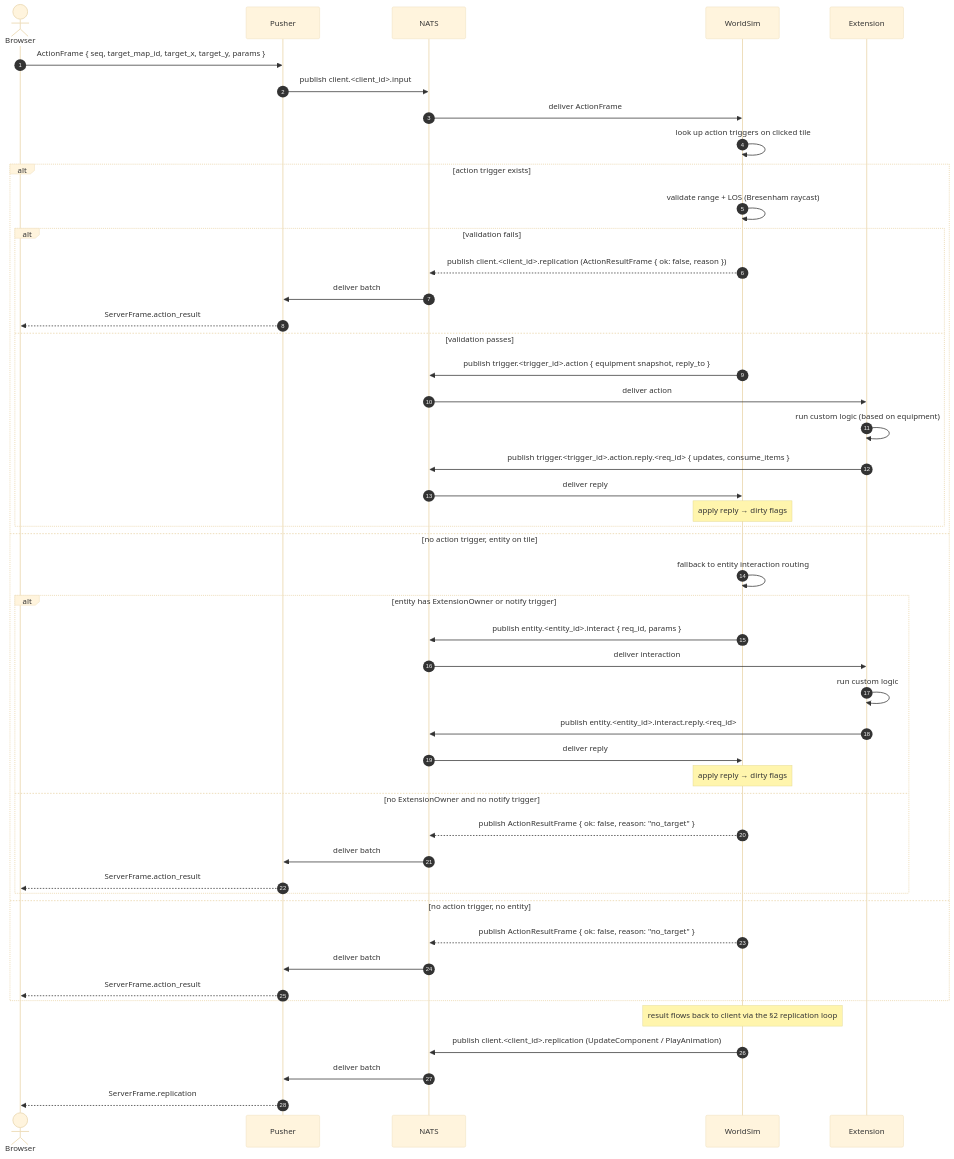
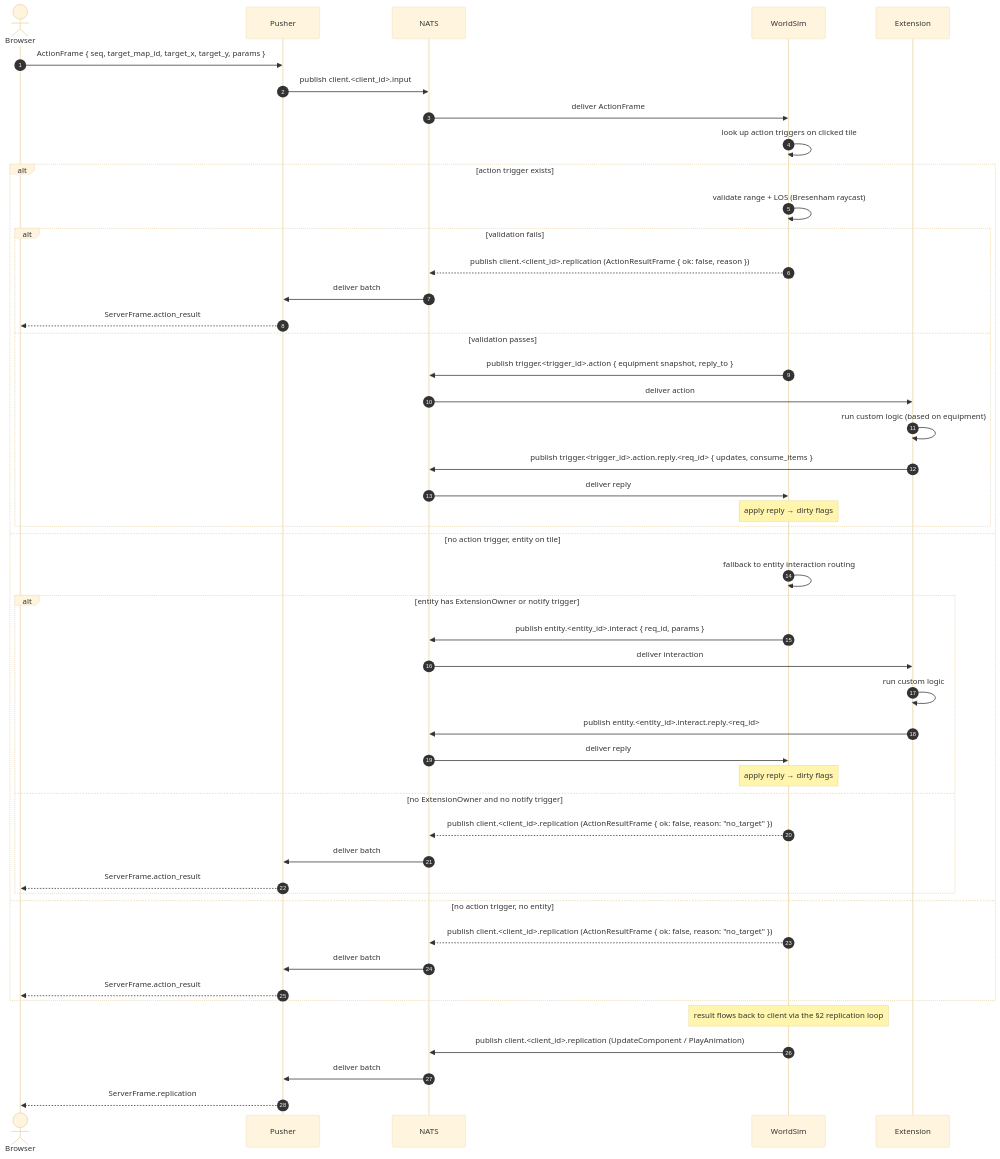
Before and after one commit to lstep/PixelEruv: the third of 6 diagrams in documentation/networking-sequences.md, drawn with Mermaid (base theme).

Commit message:
Update ActionResultFrame publishing to use client-specific replication topic in networking sequences

````diff
--- a/documentation/networking-sequences.md
+++ b/documentation/networking-sequences.md
@@ -122,54 +122,54 @@
 ```mermaid
 sequenceDiagram
     autonumber
     actor B as Browser
     participant P as Pusher
     participant N as NATS
     participant W as WorldSim
     participant E as Extension
 
     B->>P: ActionFrame { seq, target_map_id, target_x, target_y, params }
     P->>N: publish client.<client_id>.input
     N->>W: deliver ActionFrame
 
     W->>W: look up action triggers on clicked tile
 
     alt action trigger exists
         W->>W: validate range + LOS (Bresenham raycast)
         alt validation fails
             W-->>N: publish client.<client_id>.replication (ActionResultFrame { ok: false, reason })
             N->>P: deliver batch
             P-->>B: ServerFrame.action_result
         else validation passes
             W->>N: publish trigger.<trigger_id>.action { equipment snapshot, reply_to }
             N->>E: deliver action
             E->>E: run custom logic (based on equipment)
             E->>N: publish trigger.<trigger_id>.action.reply.<req_id> { updates, consume_items }
             N->>W: deliver reply
             Note over W: apply reply → dirty flags
         end
     else no action trigger, entity on tile
         W->>W: fallback to entity interaction routing
         alt entity has ExtensionOwner or notify trigger
             W->>N: publish entity.<entity_id>.interact { req_id, params }
             N->>E: deliver interaction
             E->>E: run custom logic
             E->>N: publish entity.<entity_id>.interact.reply.<req_id>
             N->>W: deliver reply
             Note over W: apply reply → dirty flags
         else no ExtensionOwner and no notify trigger
-            W-->>N: publish ActionResultFrame { ok: false, reason: "no_target" }
+            W-->>N: publish client.<client_id>.replication (ActionResultFrame { ok: false, reason: "no_target" })
             N->>P: deliver batch
             P-->>B: ServerFrame.action_result
         end
     else no action trigger, no entity
-        W-->>N: publish ActionResultFrame { ok: false, reason: "no_target" }
+        W-->>N: publish client.<client_id>.replication (ActionResultFrame { ok: false, reason: "no_target" })
         N->>P: deliver batch
         P-->>B: ServerFrame.action_result
     end
 
     Note over W: result flows back to client via the §2 replication loop
     W->>N: publish client.<client_id>.replication (UpdateComponent / PlayAnimation)
     N->>P: deliver batch
     P-->>B: ServerFrame.replication
 ```
````
